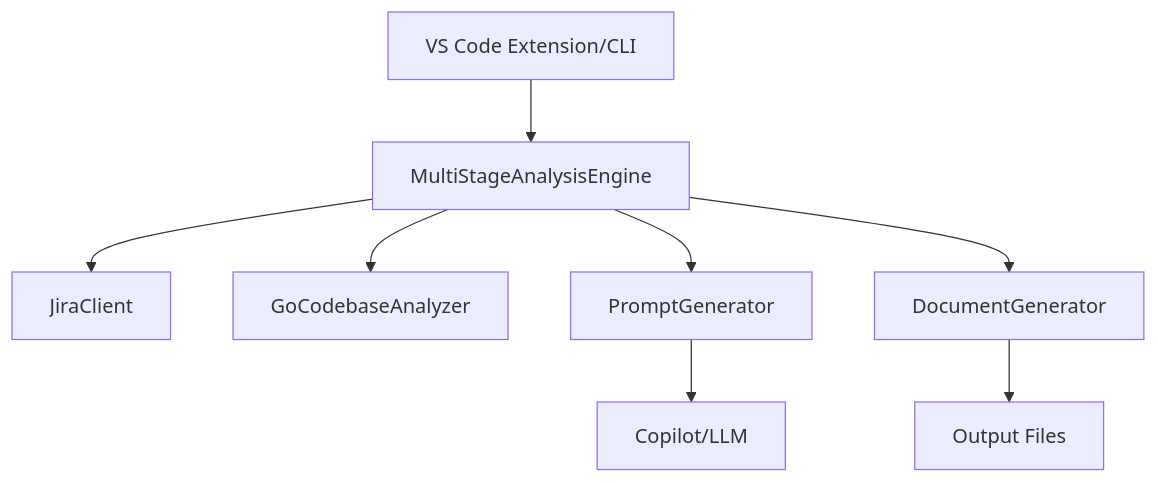
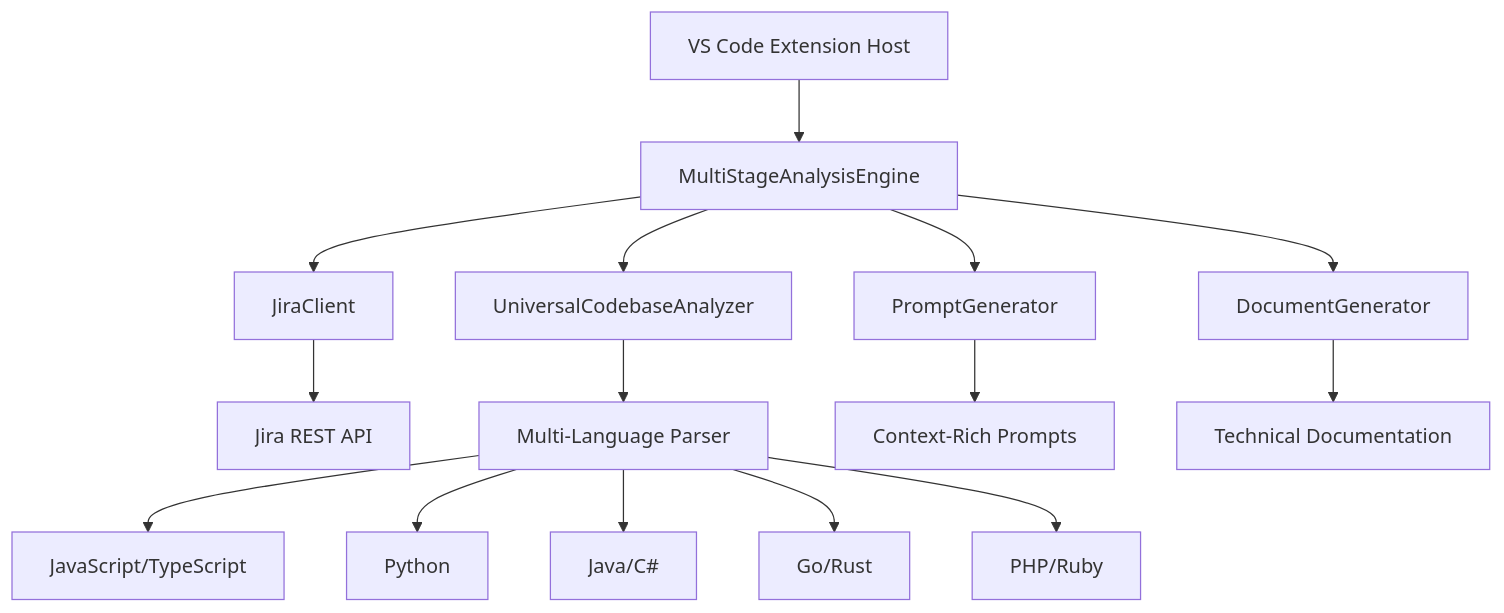
Before and after one commit to Srinidhi94/Product-Owner-AI-Agent: the diagram in docs/DEVELOPER_GUIDE.md, drawn with Mermaid. The commit also changed other lines of this file and 31 other files, not shown here.

````diff
--- a/docs/DEVELOPER_GUIDE.md
+++ b/docs/DEVELOPER_GUIDE.md
@@ -22,10 +19,19 @@
 ```mermaid
 graph TD
-    A[VS Code Extension/CLI] --> B[MultiStageAnalysisEngine]
+    A[VS Code Extension Host] --> B[MultiStageAnalysisEngine]
     B --> C[JiraClient]
-    B --> D[GoCodebaseAnalyzer]
+    B --> D[UniversalCodebaseAnalyzer]
     B --> E[PromptGenerator]
     B --> F[DocumentGenerator]
-    E --> G[Copilot/LLM]
-    F --> H[Output Files]
+    
+    C --> G[Jira REST API]
+    D --> H[Multi-Language Parser]
+    E --> I[Context-Rich Prompts]
+    F --> J[Technical Documentation]
+    
+    H --> K[JavaScript/TypeScript]
+    H --> L[Python]
+    H --> M[Java/C#]
+    H --> N[Go/Rust]
+    H --> O[PHP/Ruby]
 ```
````
